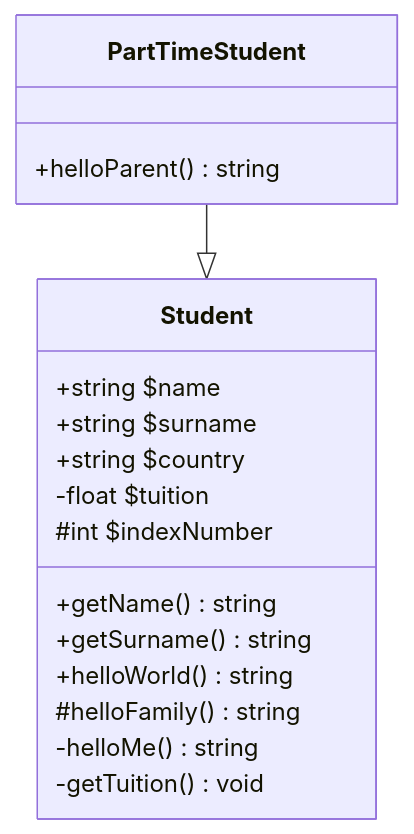
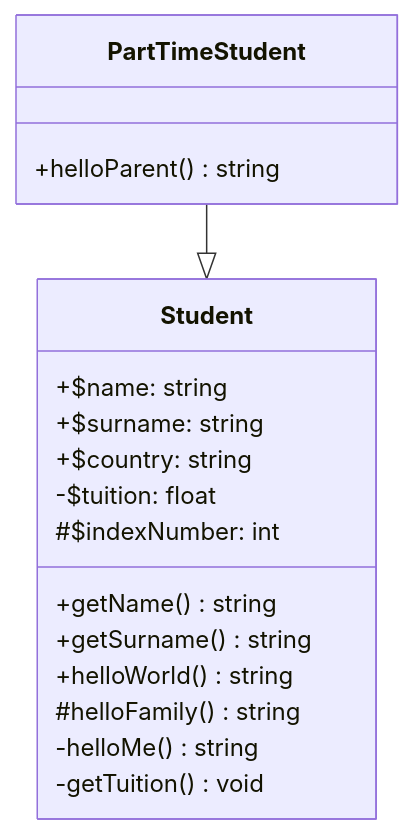
Before and after one commit to ludovic-esperce/php-poo-learning: the second of 5 diagrams in README.md, drawn with Mermaid. The commit also changed other lines of this file, not shown here.

````diff
--- a/README.md
+++ b/README.md
@@ -61,22 +61,22 @@
 ```mermaid
 classDiagram
     class Student {
-        +string $name
-        +string $surname
-        +string $country
-        -float $tuition
-        #int $indexNumber
+        +$name: string
+        +$surname: string
+        +$country: string
+        -$tuition: float
+        #$indexNumber: int
         +getName() string
         +getSurname() string
         +helloWorld() string
         #helloFamily() string
         -helloMe() string
         -getTuition() void
     }
 
     class PartTimeStudent {
         +helloParent() string
     }
 
     PartTimeStudent --|> Student
 ```
````
